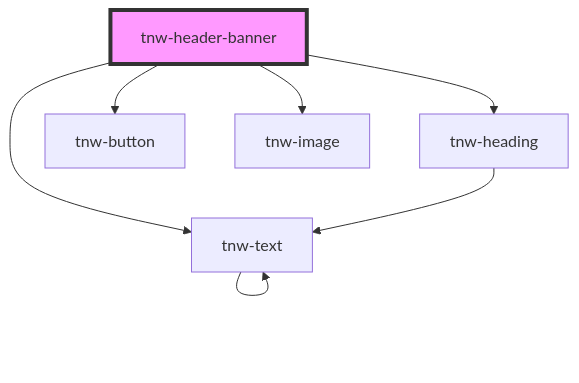
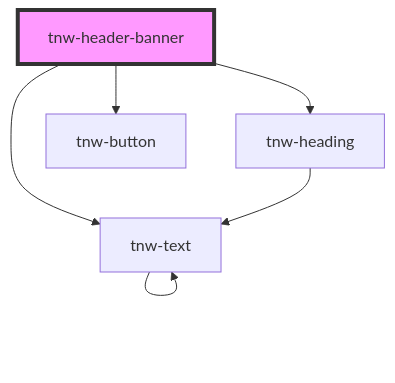
One commit to technway/technway-component-library changed the diagram in packages/stencil-library/src/components/tnw-header-banner/readme.md. Above: the diagram before and after it, drawn with Mermaid. The commit also changed other lines of this file and 8 other files, not shown here.

First line of the commit message:
fix(stencil-library): header-banner & card validations

````diff
--- a/packages/stencil-library/src/components/tnw-header-banner/readme.md
+++ b/packages/stencil-library/src/components/tnw-header-banner/readme.md
@@ -107,10 +106,9 @@
 ```mermaid
 graph TD;
   tnw-header-banner --> tnw-heading
   tnw-header-banner --> tnw-text
   tnw-header-banner --> tnw-button
-  tnw-header-banner --> tnw-image
   tnw-heading --> tnw-text
   tnw-text --> tnw-text
   style tnw-header-banner fill:#f9f,stroke:#333,stroke-width:4px
 ```
````
